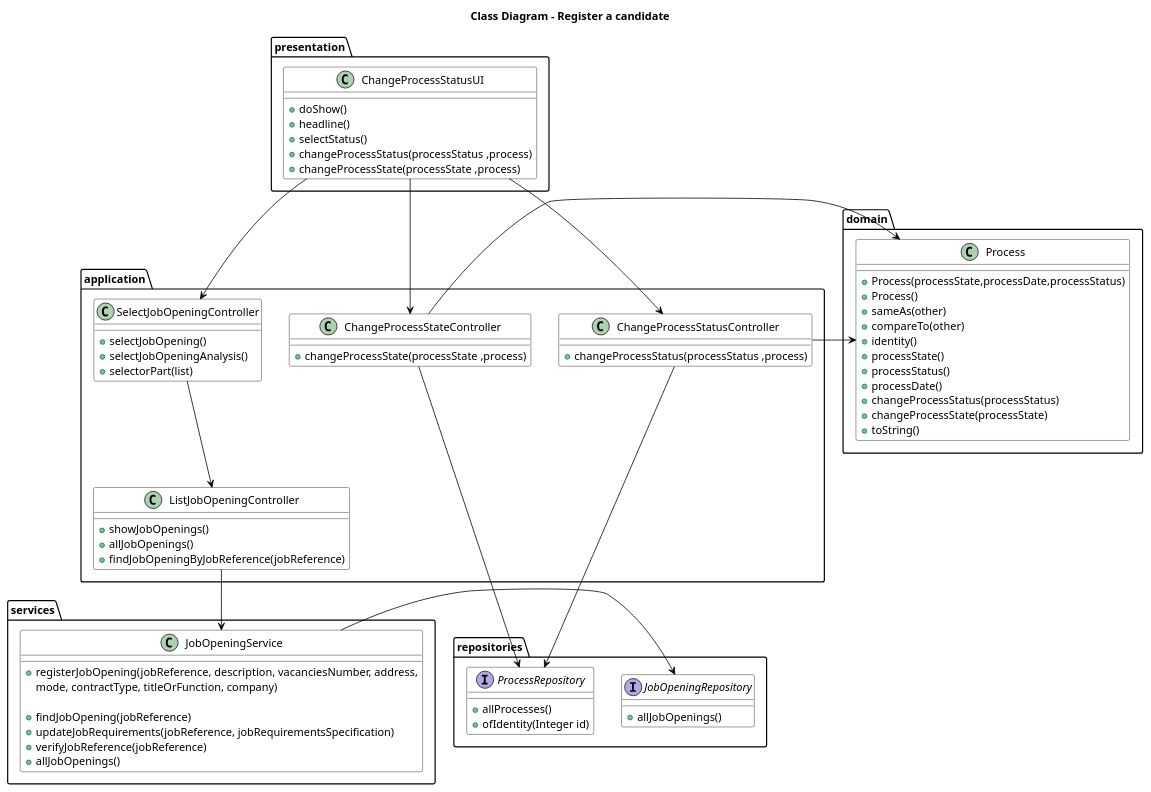
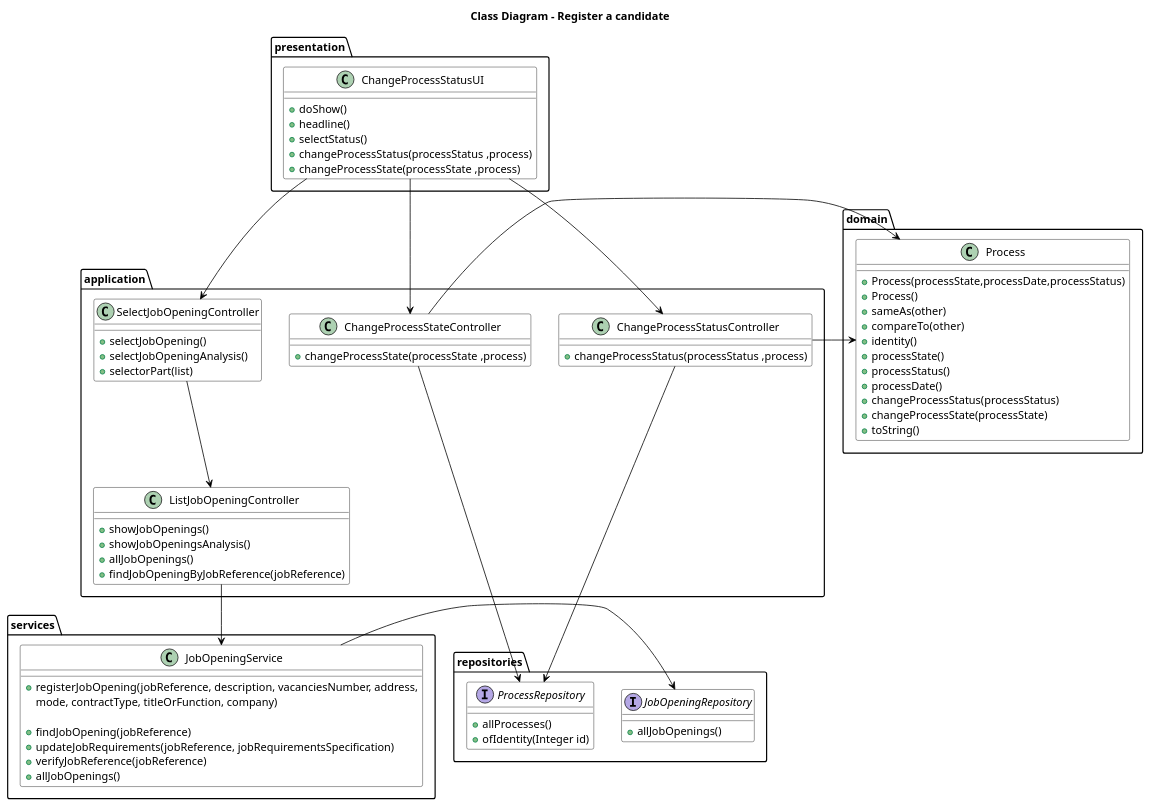
The diagram in docs/SprintC/change-status-process/class-diagram.puml (MiguelCardoso77/LAPR4), drawn with PlantUML before and after one commit. The commit also changed 3 other files, not shown here.

Commit message:
class diagram update for changing the status of a job opening

```diff
--- a/docs/SprintC/change-status-process/class-diagram.puml
+++ b/docs/SprintC/change-status-process/class-diagram.puml
@@ -1,96 +1,97 @@
 @startuml
 skinparam class {
     BackgroundColor White
     ArrowColor Black
     BorderColor Black
     FontColor Black
     FontSize 14
 }
 
 Title "Class Diagram - Register a candidate"
 
 package "presentation" {
     class ChangeProcessStatusUI {
         + doShow()
         + headline()
         + selectStatus()
         + changeProcessStatus(processStatus ,process)
         + changeProcessState(processState ,process)
     }
 }
 
 package "application" {
     class ChangeProcessStatusController {
         + changeProcessStatus(processStatus ,process)
     }
     class ChangeProcessStateController {
         + changeProcessState(processState ,process)
     }
     class SelectJobOpeningController {
         + selectJobOpening()
         + selectJobOpeningAnalysis()
         + selectorPart(list)
     }
     class ListJobOpeningController {
         + showJobOpenings()
+        + showJobOpeningsAnalysis()
         + allJobOpenings()
         + findJobOpeningByJobReference(jobReference)
     }
 }
 
 package "repositories" {
     interface JobOpeningRepository {
         + allJobOpenings()
     }
 
     interface ProcessRepository {
         + allProcesses()
         + ofIdentity(Integer id)
     }
 }
 
 package "domain" {
     class Process {
         + Process(processState,processDate,processStatus)
         + Process()
         + sameAs(other)
         + compareTo(other)
         + identity()
         + processState()
         + processStatus()
         + processDate()
         + changeProcessStatus(processStatus)
         + changeProcessState(processState)
         + toString()
     }
 }
 
 package "services" {
     class JobOpeningService {
         + registerJobOpening(jobReference, description, vacanciesNumber, address,
             mode, contractType, titleOrFunction, company)
 
         + findJobOpening(jobReference)
         + updateJobRequirements(jobReference, jobRequirementsSpecification)
         + verifyJobReference(jobReference)
         + allJobOpenings()
 
     }
 }
 
 ChangeProcessStatusUI --> ChangeProcessStatusController
 ChangeProcessStatusUI --> ChangeProcessStateController
 ChangeProcessStatusUI --> SelectJobOpeningController
 
 SelectJobOpeningController --> ListJobOpeningController
 
 ListJobOpeningController --> JobOpeningService
 
 JobOpeningService -> JobOpeningRepository
 ChangeProcessStateController --> ProcessRepository
 ChangeProcessStatusController --> ProcessRepository
 
 ChangeProcessStateController -> Process
 ChangeProcessStatusController -> Process
 
 @enduml
```
